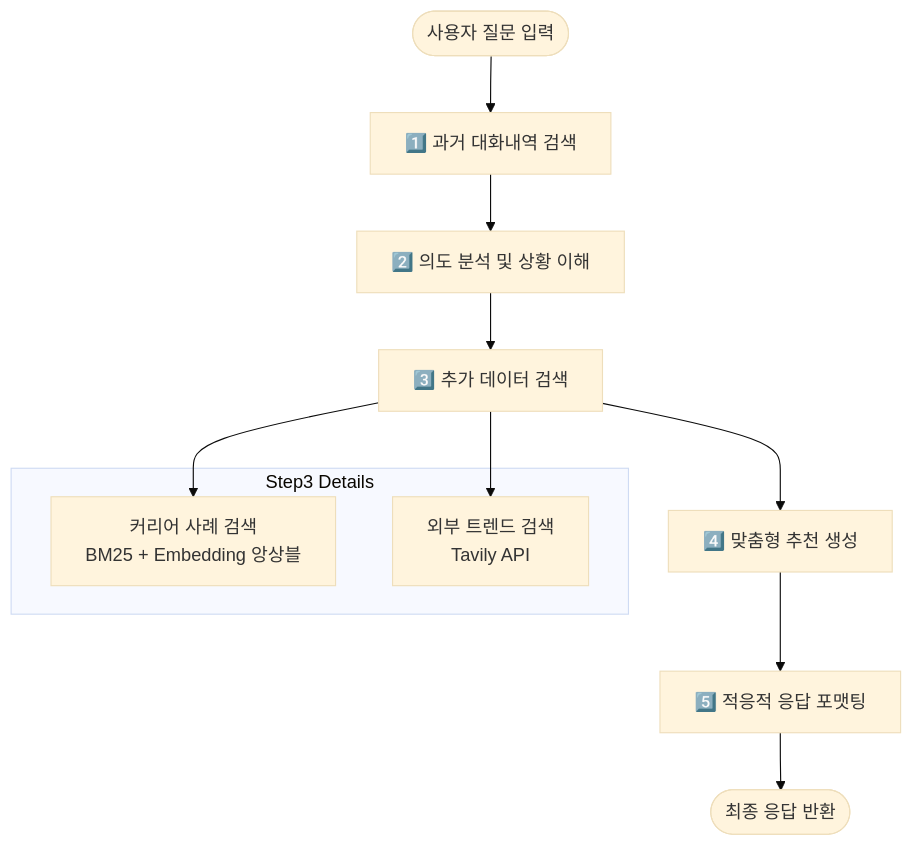
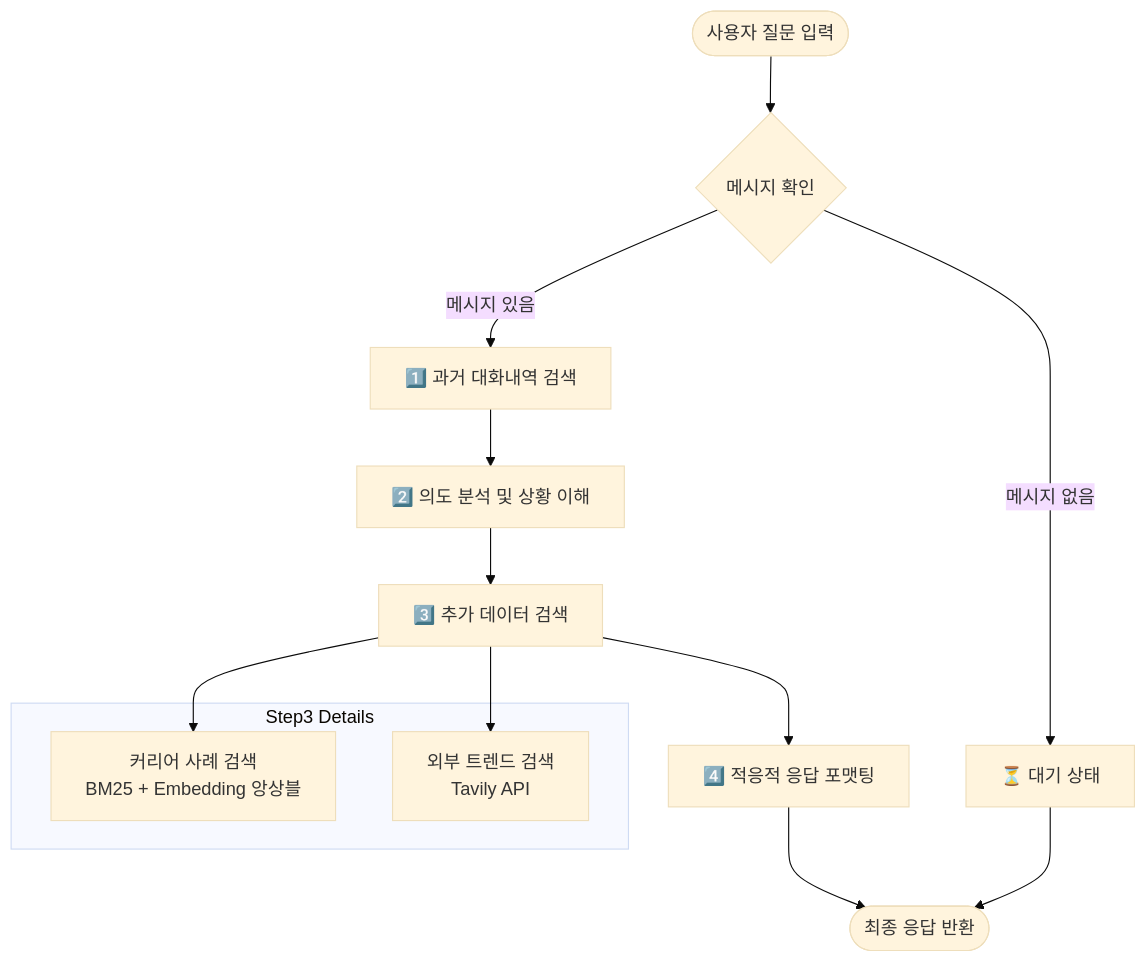
The second of 3 diagrams in README.md (SK4toB/g-navi-ai-api), drawn with Mermaid (base theme) before and after one commit. The commit also changed other lines of this file, not shown here.

````diff
--- a/README.md
+++ b/README.md
@@ -83,17 +80,20 @@
 ```mermaid
 flowchart TD
-    Start([사용자 질문 입력]) --> Step1[1️⃣ 과거 대화내역 검색]
+    Start([사용자 질문 입력]) --> Check{메시지 확인}
+    Check -->|메시지 있음| Step1[1️⃣ 과거 대화내역 검색]
+    Check -->|메시지 없음| Wait[⏳ 대기 상태]
+    
     Step1 --> Step2[2️⃣ 의도 분석 및 상황 이해]
     Step2 --> Step3[3️⃣ 추가 데이터 검색]
-    Step3 --> Step4[4️⃣ 맞춤형 추천 생성]
-    Step4 --> Step5[5️⃣ 적응적 응답 포맷팅]
-    Step5 --> End([최종 응답 반환])
+    Step3 --> Step4[4️⃣ 적응적 응답 포맷팅]
+    Step4 --> End([최종 응답 반환])
+    Wait --> End
     
     subgraph "Step3 Details"
         Step3A[커리어 사례 검색<br/>BM25 + Embedding 앙상블]
         Step3B[외부 트렌드 검색<br/>Tavily API]
     end
     
     Step3 --> Step3A
     Step3 --> Step3B
 ```
````
